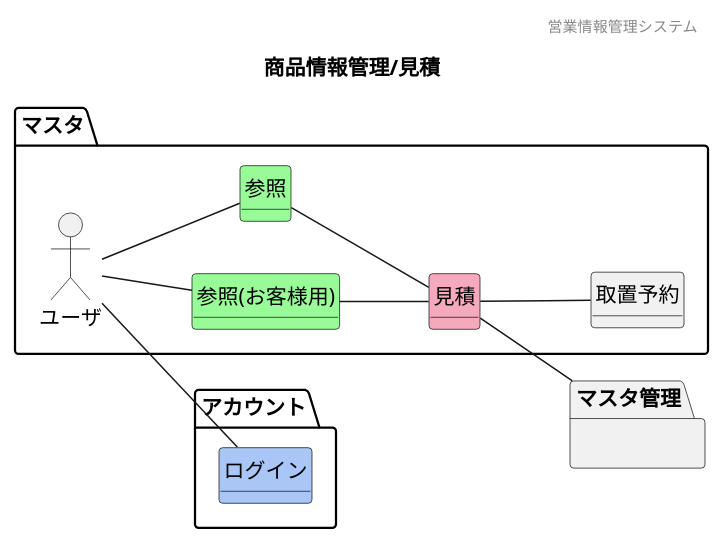
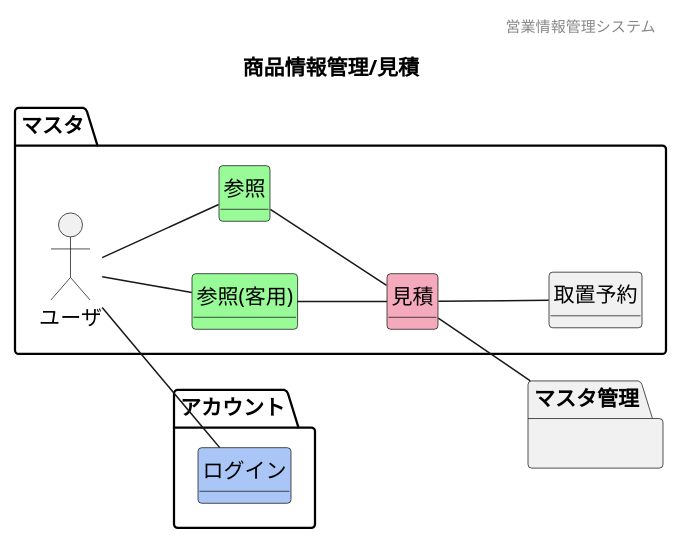
Before and after one commit to HaruShim/Sotuken: the diagram in 各種設計書/1ドメインモデル図/商品情報管理/F10見積.plantuml, drawn with PlantUML. The commit also changed 3 other files, not shown here.

```diff
--- a/各種設計書/1ドメインモデル図/商品情報管理/F10見積.plantuml
+++ b/各種設計書/1ドメインモデル図/商品情報管理/F10見積.plantuml
@@ -1,38 +1,39 @@
 @startuml images/商品情報管理/見積
 ' ヘッダー
 header 営業情報管理システム
 ' タイトル
 title 商品情報管理/見積
 ' 
 hide circle
 ' 
 hide method
 left to right direction
 
 package "アカウント"{
     class "ログイン" #A9C6F6
 }
 package "マスタ" {
     mix_actor "ユーザ"
-        class "参照(お客様用)" #98fb98
+        class "参照(客用)" #98fb98
         class "参照" #98fb98
         class "見積" #F5A9BC
         class "取置予約" 
 }
-        package "マスタ管理"{
-            }
+
+package "マスタ管理"{
+}
 
 
         ' class "" #F5A9BC
         ' class "" #ffd700
 
         'モデル同士の関係
         ユーザ -- 参照
-        ユーザ -- "参照(お客様用)"
+        ユーザ -- "参照(客用)"
         ユーザ -- ログイン
         参照 -- 見積
-        "参照(お客様用)" -- 見積
+        "参照(客用)" -- 見積
         見積 -- 取置予約
         見積-- マスタ管理
 
 @enduml
```
